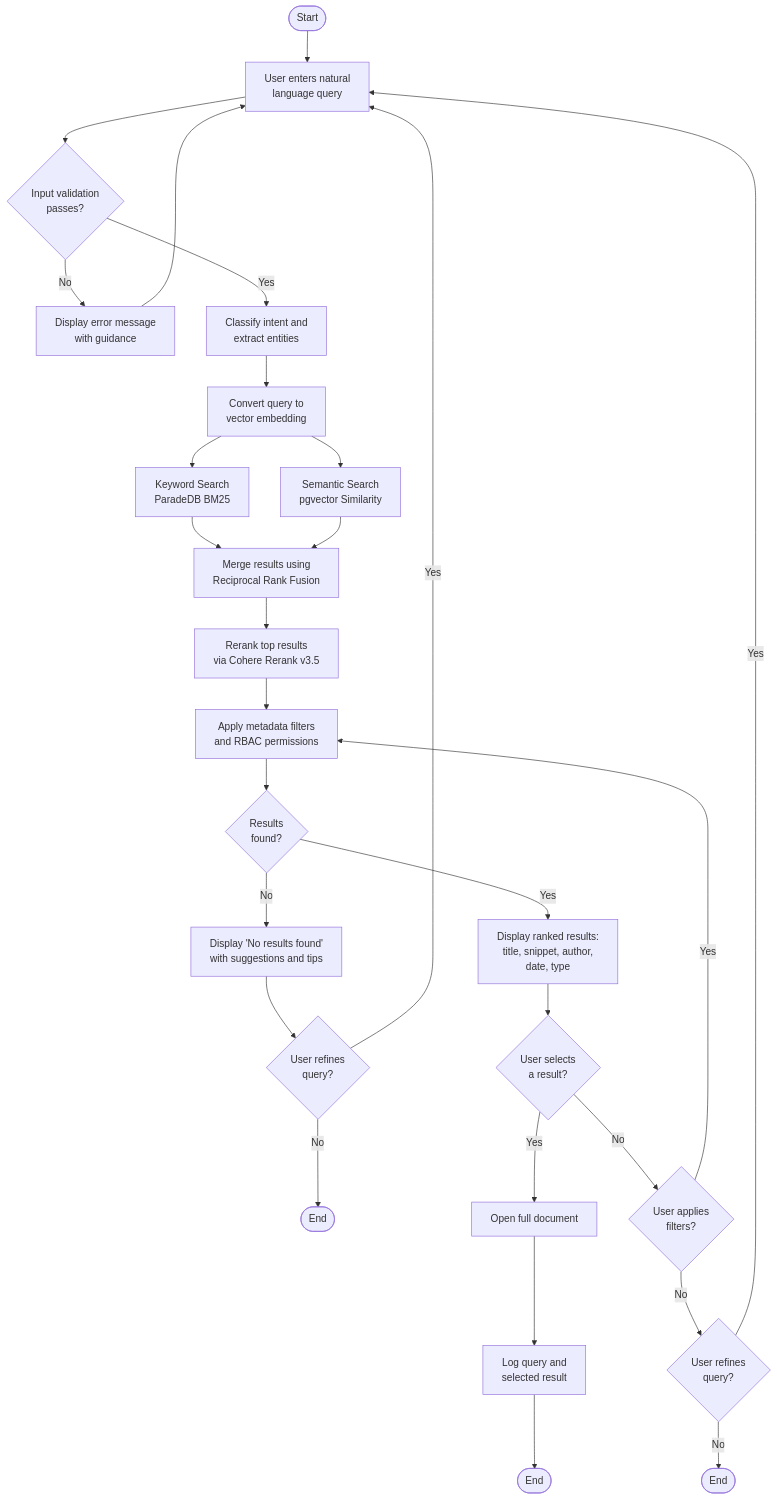
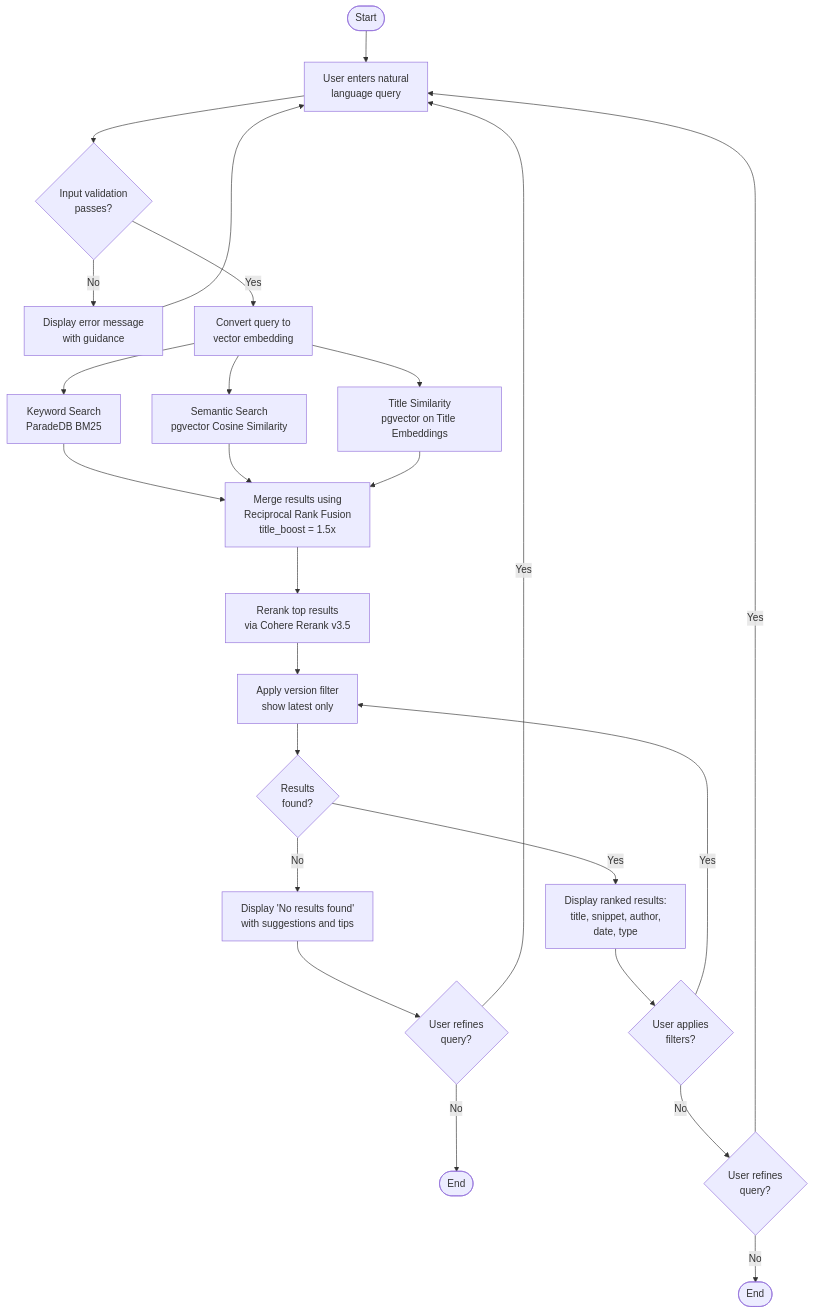
One commit to FlyM1ss/capstone-project changed the diagram in software-engineering/diagrams/activity.mmd. Above: the diagram before and after it, drawn with Mermaid. The commit also changed 10 other files, not shown here.

First line of the commit message:
docs: update UML diagrams and add modern high-res renders

```diff
--- a/software-engineering/diagrams/activity.mmd
+++ b/software-engineering/diagrams/activity.mmd
@@ -1,28 +1,25 @@
 flowchart TD
     Start([Start]) --> A[User enters natural<br/>language query]
     A --> B{Input validation<br/>passes?}
     B -->|No| C[Display error message<br/>with guidance]
     C --> A
-    B -->|Yes| D[Classify intent and<br/>extract entities]
-    D --> E[Convert query to<br/>vector embedding]
+    B -->|Yes| E[Convert query to<br/>vector embedding]
     E --> F1[Keyword Search<br/>ParadeDB BM25]
-    E --> F2[Semantic Search<br/>pgvector Similarity]
-    F1 --> G[Merge results using<br/>Reciprocal Rank Fusion]
+    E --> F2[Semantic Search<br/>pgvector Cosine Similarity]
+    E --> F3[Title Similarity<br/>pgvector on Title Embeddings]
+    F1 --> G[Merge results using<br/>Reciprocal Rank Fusion<br/>title_boost = 1.5x]
     F2 --> G
+    F3 --> G
     G --> G2[Rerank top results<br/>via Cohere Rerank v3.5]
-    G2 --> H[Apply metadata filters<br/>and RBAC permissions]
-    H --> I{Results<br/>found?}
+    G2 --> G3[Apply version filter<br/>show latest only]
+    G3 --> I{Results<br/>found?}
     I -->|No| J["Display 'No results found'<br/>with suggestions and tips"]
     J --> K{User refines<br/>query?}
     K -->|Yes| A
     K -->|No| End1([End])
     I -->|Yes| L[Display ranked results:<br/>title, snippet, author,<br/>date, type]
-    L --> M{User selects<br/>a result?}
-    M -->|Yes| N[Open full document]
-    N --> O[Log query and<br/>selected result]
-    O --> End2([End])
-    M -->|No| P{User applies<br/>filters?}
-    P -->|Yes| H
+    L --> P{User applies<br/>filters?}
+    P -->|Yes| G3
     P -->|No| Q{User refines<br/>query?}
     Q -->|Yes| A
     Q -->|No| End3([End])
```
